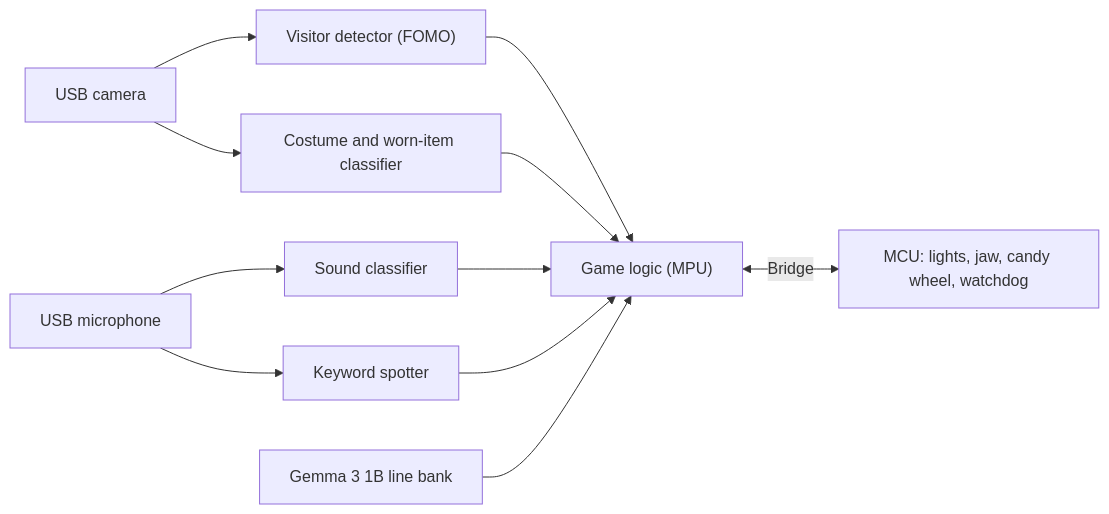
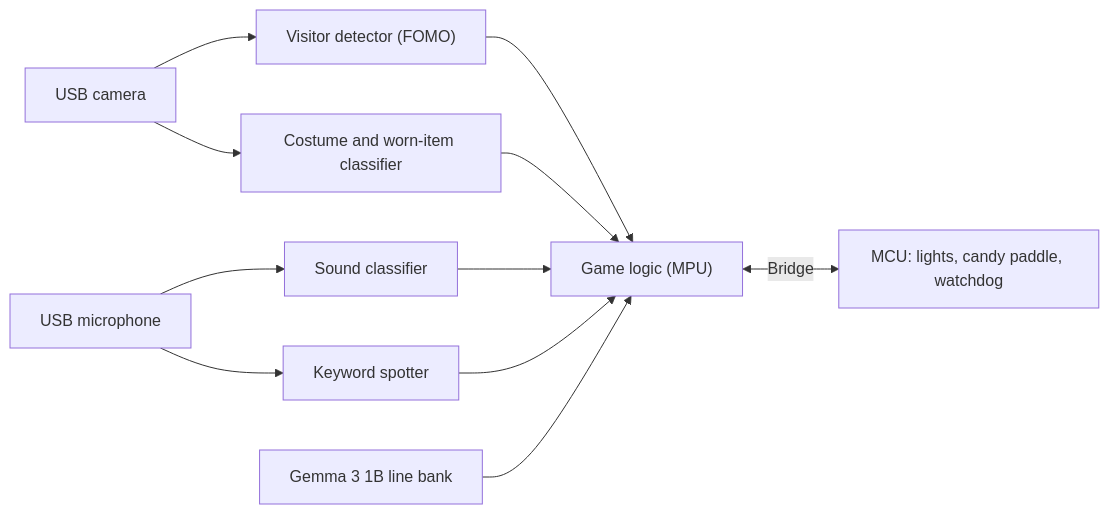
One commit to Abhinavkrishna3211/Feed-the-Gargoyle changed the diagram in README.md. Above: the diagram before and after it, drawn with Mermaid. The commit also changed other lines of this file and 7 other files, not shown here.

````diff
--- a/README.md
+++ b/README.md
@@ -23,13 +23,13 @@
 ```mermaid
 flowchart LR
     CAM["USB camera"] --> FOMO["Visitor detector (FOMO)"]
     CAM --> COS["Costume and worn-item classifier"]
     MIC["USB microphone"] --> SND["Sound classifier"]
     MIC --> KWS["Keyword spotter"]
     FOMO --> GAME["Game logic (MPU)"]
     COS --> GAME
     SND --> GAME
     KWS --> GAME
     LLM["Gemma 3 1B line bank"] --> GAME
-    GAME <-->|"Bridge"| MCU["MCU: lights, jaw, candy wheel, watchdog"]
+    GAME <-->|"Bridge"| MCU["MCU: lights, candy paddle, watchdog"]
 ```
````
